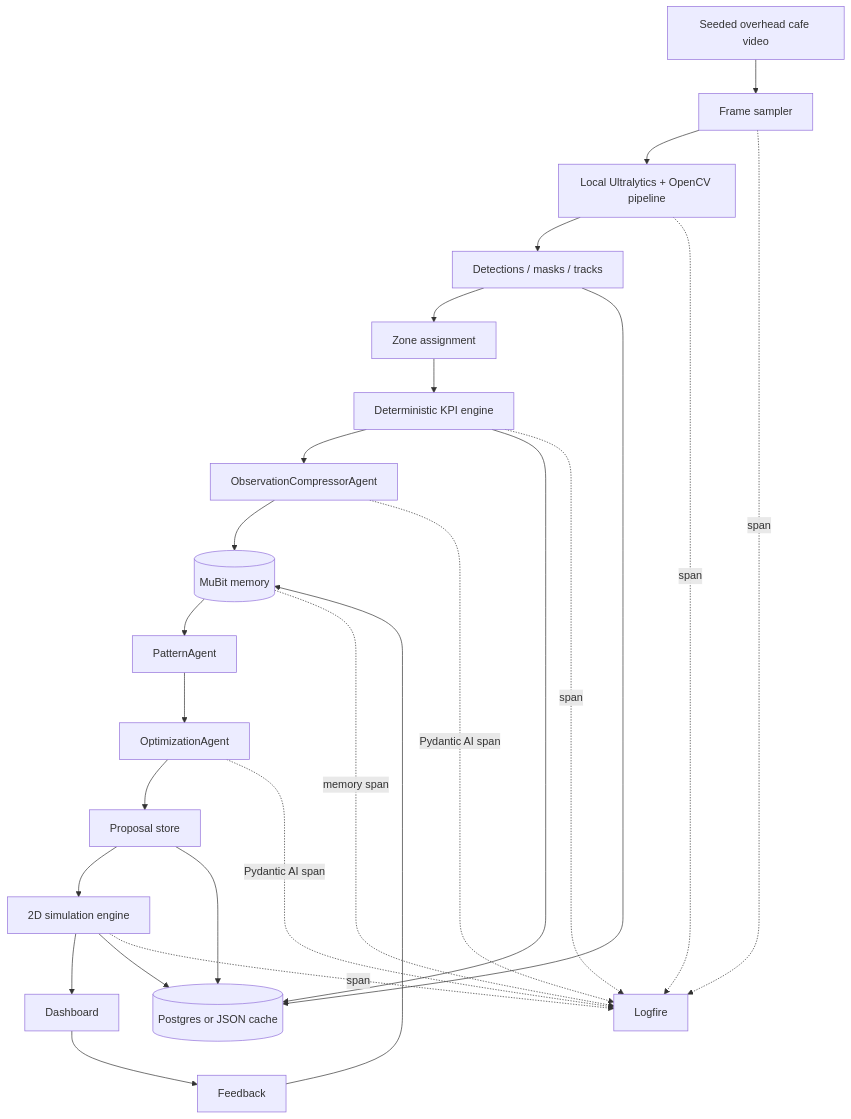
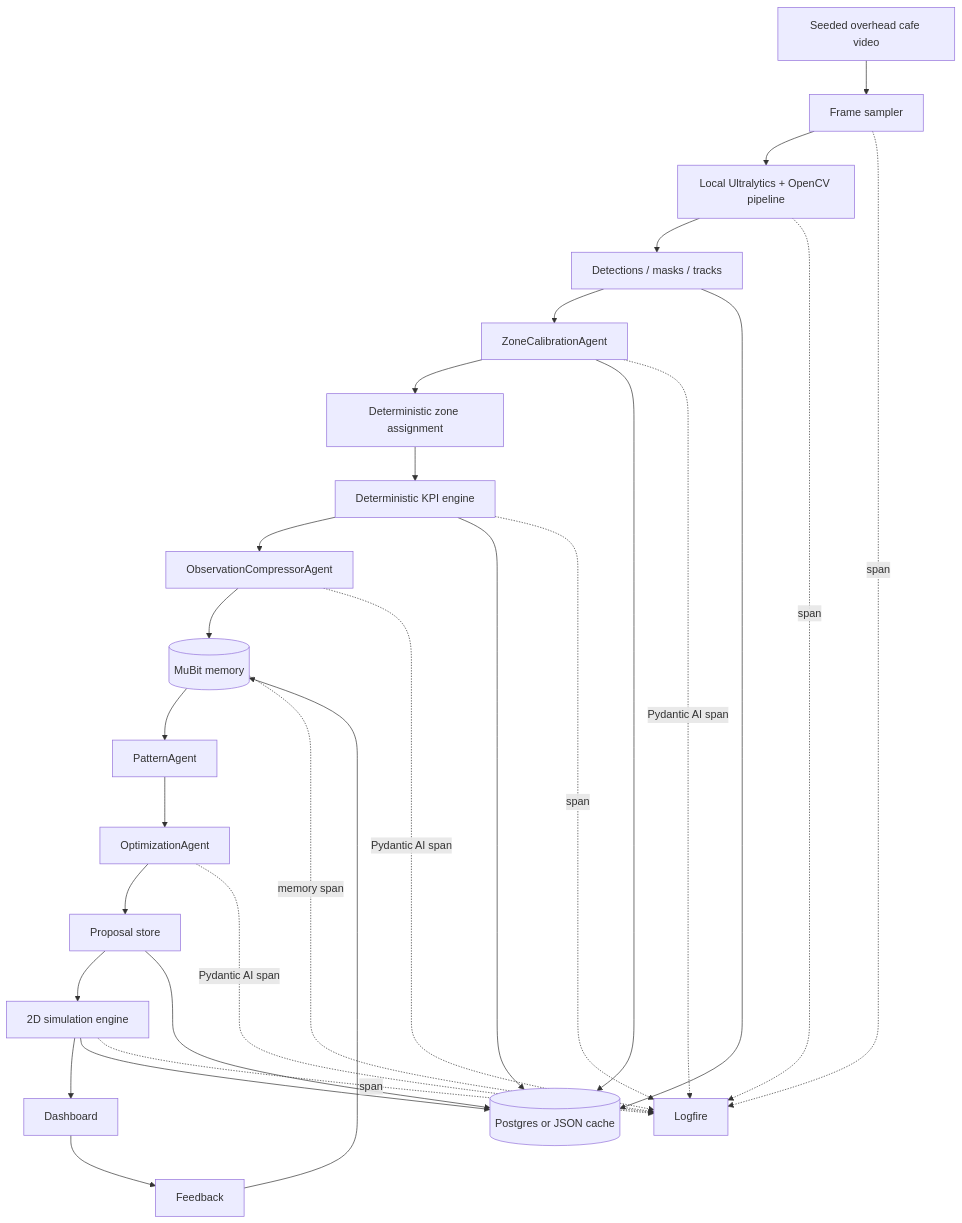
Before and after one commit to alexzh3/londonhack: the first of 5 diagrams in agent_plan.md, drawn with Mermaid. The commit also changed other lines of this file and 4 other files, not shown here.

````diff
--- a/agent_plan.md
+++ b/agent_plan.md
@@ -31,30 +31,33 @@
 ```mermaid
 flowchart TD
     A[Seeded overhead cafe video] --> B[Frame sampler]
     B --> C[Local Ultralytics + OpenCV pipeline]
     C --> D[Detections / masks / tracks]
-    D --> E[Zone assignment]
-    E --> F[Deterministic KPI engine]
-    F --> G[ObservationCompressorAgent]
-    G --> H[(MuBit memory)]
-    H --> I[PatternAgent]
-    I --> J[OptimizationAgent]
-    J --> K[Proposal store]
-    K --> L[2D simulation engine]
-    L --> M[Dashboard]
-    M --> N[Feedback]
-    N --> H
+    D --> E[ZoneCalibrationAgent]
+    E --> F[Deterministic zone assignment]
+    F --> G[Deterministic KPI engine]
+    G --> H[ObservationCompressorAgent]
+    H --> I[(MuBit memory)]
+    I --> J[PatternAgent]
+    J --> K[OptimizationAgent]
+    K --> L[Proposal store]
+    L --> M[2D simulation engine]
+    M --> N[Dashboard]
+    N --> O[Feedback]
+    O --> I
 
-    D --> O[(Postgres or JSON cache)]
-    F --> O
-    K --> O
-    L --> O
+    D --> P[(Postgres or JSON cache)]
+    E --> P[(Postgres or JSON cache)]
+    G --> P
+    L --> P
+    M --> P
 
-    B -. span .-> P[Logfire]
-    C -. span .-> P
-    F -. span .-> P
-    G -. Pydantic AI span .-> P
-    H -. memory span .-> P
-    J -. Pydantic AI span .-> P
-    L -. span .-> P
+    B -. span .-> Q[Logfire]
+    C -. span .-> Q
+    E -. Pydantic AI span .-> Q
+    G -. span .-> Q
+    H -. Pydantic AI span .-> Q
+    I -. memory span .-> Q
+    K -. Pydantic AI span .-> Q
+    M -. span .-> Q
 ```
````
